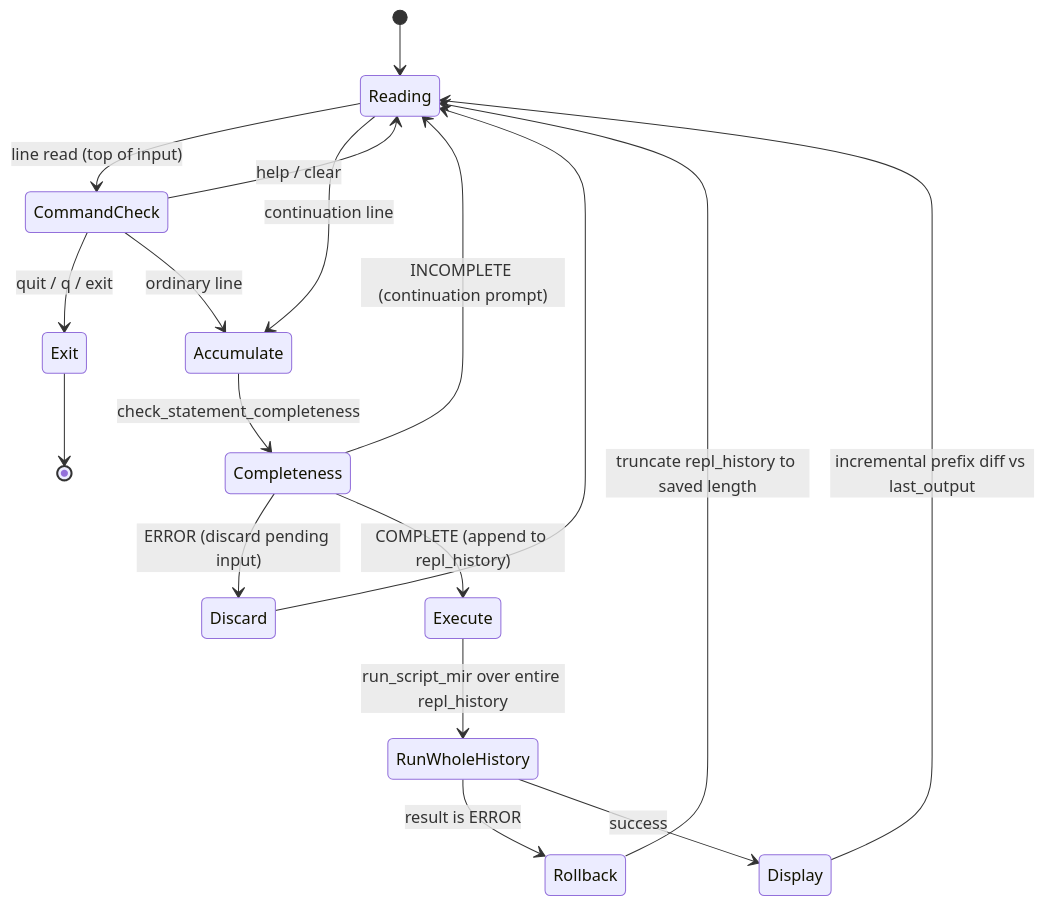
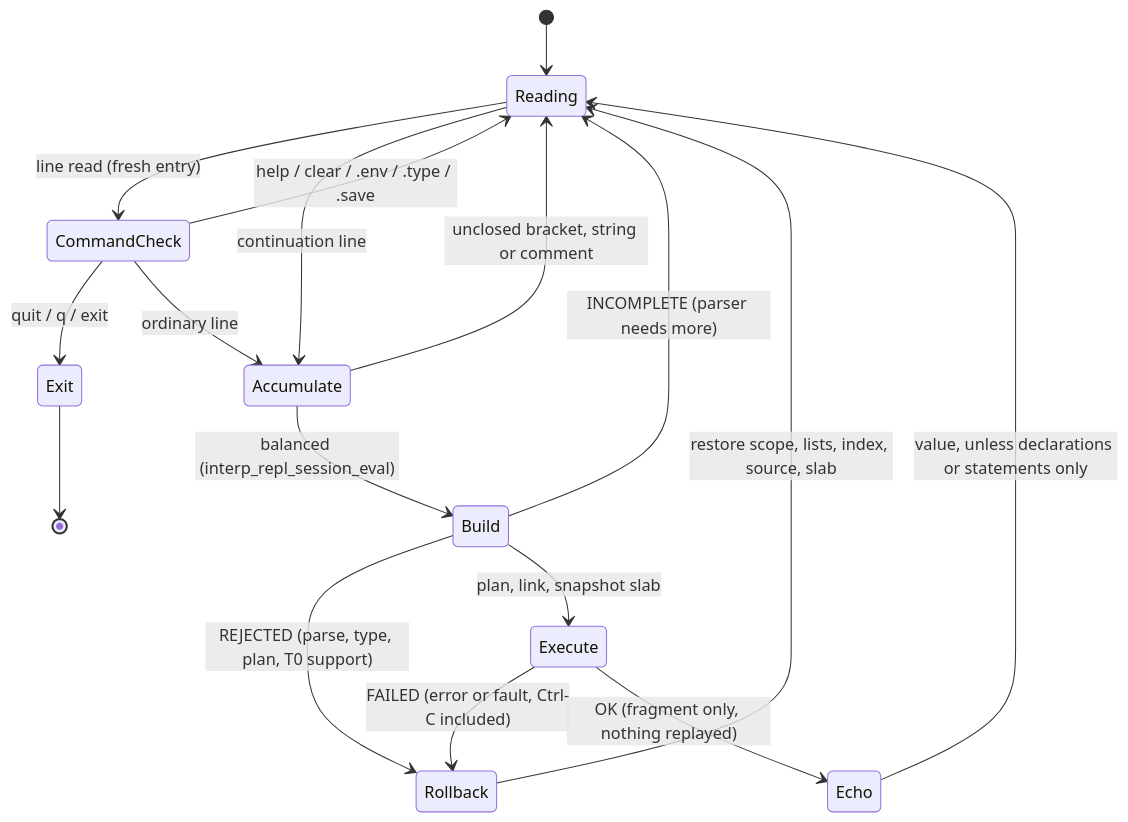
The diagram in doc/dev/lambda/diagram/d01_repl.mmd (henry-luo/lambda), drawn with Mermaid before and after one commit. The commit also changed 32 other files, not shown here.

```diff
--- a/doc/dev/lambda/diagram/d01_repl.mmd
+++ b/doc/dev/lambda/diagram/d01_repl.mmd
@@ -1,18 +1,17 @@
 stateDiagram-v2
     [*] --> Reading
-    Reading --> CommandCheck: line read (top of input)
+    Reading --> CommandCheck: line read (fresh entry)
     CommandCheck --> Exit: quit / q / exit
-    CommandCheck --> Reading: help / clear
+    CommandCheck --> Reading: help / clear / .env / .type / .save
     CommandCheck --> Accumulate: ordinary line
     Reading --> Accumulate: continuation line
-    Accumulate --> Completeness: check_statement_completeness
-    Completeness --> Reading: INCOMPLETE (continuation prompt)
-    Completeness --> Discard: ERROR (discard pending input)
-    Discard --> Reading
-    Completeness --> Execute: COMPLETE (append to repl_history)
-    Execute --> RunWholeHistory: run_script_mir over entire repl_history
-    RunWholeHistory --> Rollback: result is ERROR
-    Rollback --> Reading: truncate repl_history to saved length
-    RunWholeHistory --> Display: success
-    Display --> Reading: incremental prefix diff vs last_output
+    Accumulate --> Reading: unclosed bracket, string or comment
+    Accumulate --> Build: balanced (interp_repl_session_eval)
+    Build --> Reading: INCOMPLETE (parser needs more)
+    Build --> Rollback: REJECTED (parse, type, plan, T0 support)
+    Build --> Execute: plan, link, snapshot slab
+    Execute --> Rollback: FAILED (error or fault, Ctrl-C included)
+    Rollback --> Reading: restore scope, lists, index, source, slab
+    Execute --> Echo: OK (fragment only, nothing replayed)
+    Echo --> Reading: value, unless declarations or statements only
     Exit --> [*]
```
